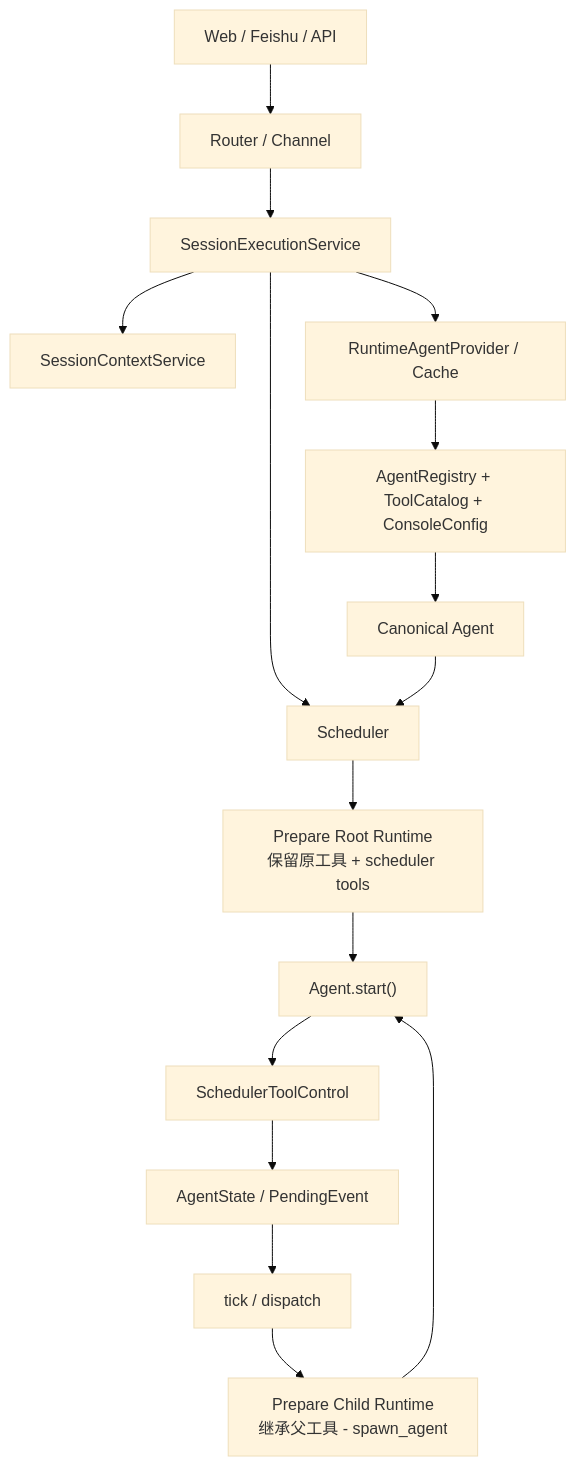
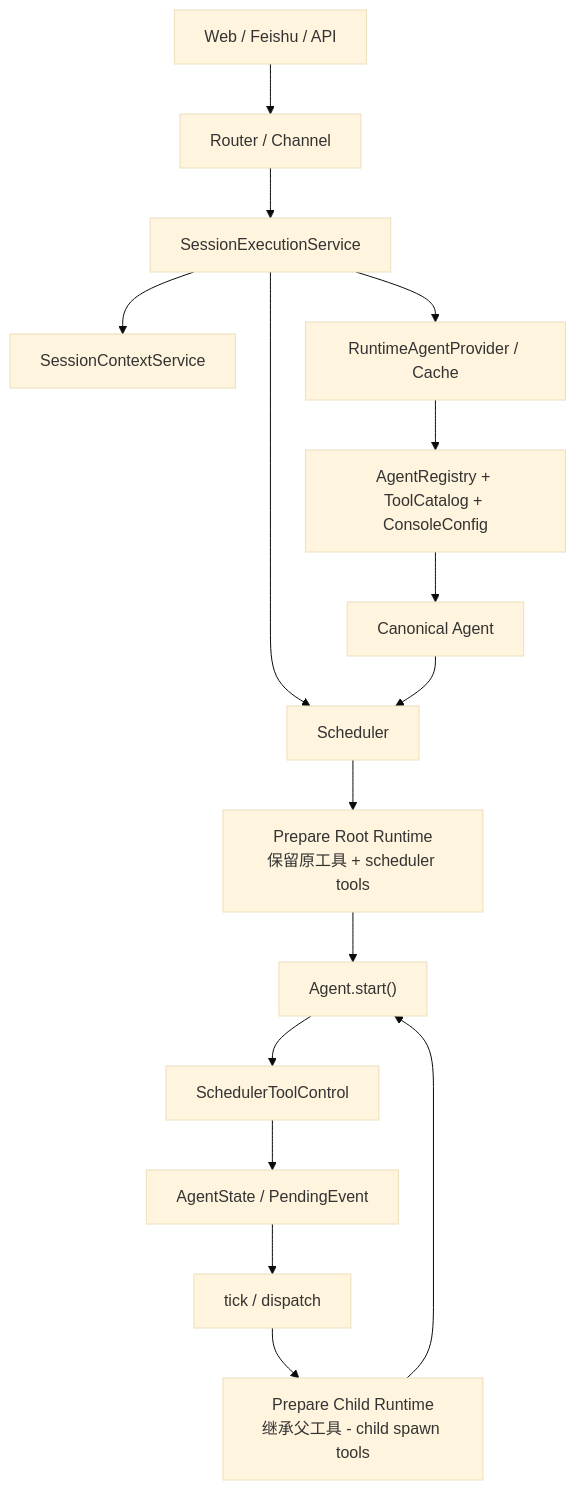
One commit to xhwSkhizein/agiwo changed the second of 2 diagrams in docs/architecture/scheduler-console-runtime-refactor.md. Above: the diagram before and after it, drawn with Mermaid (base theme). The commit also changed other lines of this file and 15 other files, not shown here.

Commit message:
feat: split scheduler child spawn tools

````diff
--- a/docs/architecture/scheduler-console-runtime-refactor.md
+++ b/docs/architecture/scheduler-console-runtime-refactor.md
@@ -138,21 +138,21 @@
 ```mermaid
 flowchart TD
     U["Web / Feishu / API"] --> R["Router / Channel"]
     R --> SVC["SessionExecutionService"]
     SVC --> CTX["SessionContextService"]
     SVC --> RP["RuntimeAgentProvider / Cache"]
     RP --> REG["AgentRegistry + ToolCatalog + ConsoleConfig"]
     REG --> A["Canonical Agent"]
 
     SVC --> SCH["Scheduler"]
     A --> SCH
 
     SCH --> ROOT["Prepare Root Runtime<br/>保留原工具 + scheduler tools"]
     ROOT --> RUN["Agent.start()"]
 
     RUN --> CTRL["SchedulerToolControl"]
     CTRL --> STATE["AgentState / PendingEvent"]
     STATE --> TICK["tick / dispatch"]
-    TICK --> CHILD["Prepare Child Runtime<br/>继承父工具 - spawn_agent"]
+    TICK --> CHILD["Prepare Child Runtime<br/>继承父工具 - child spawn tools"]
     CHILD --> RUN
 ```
````
